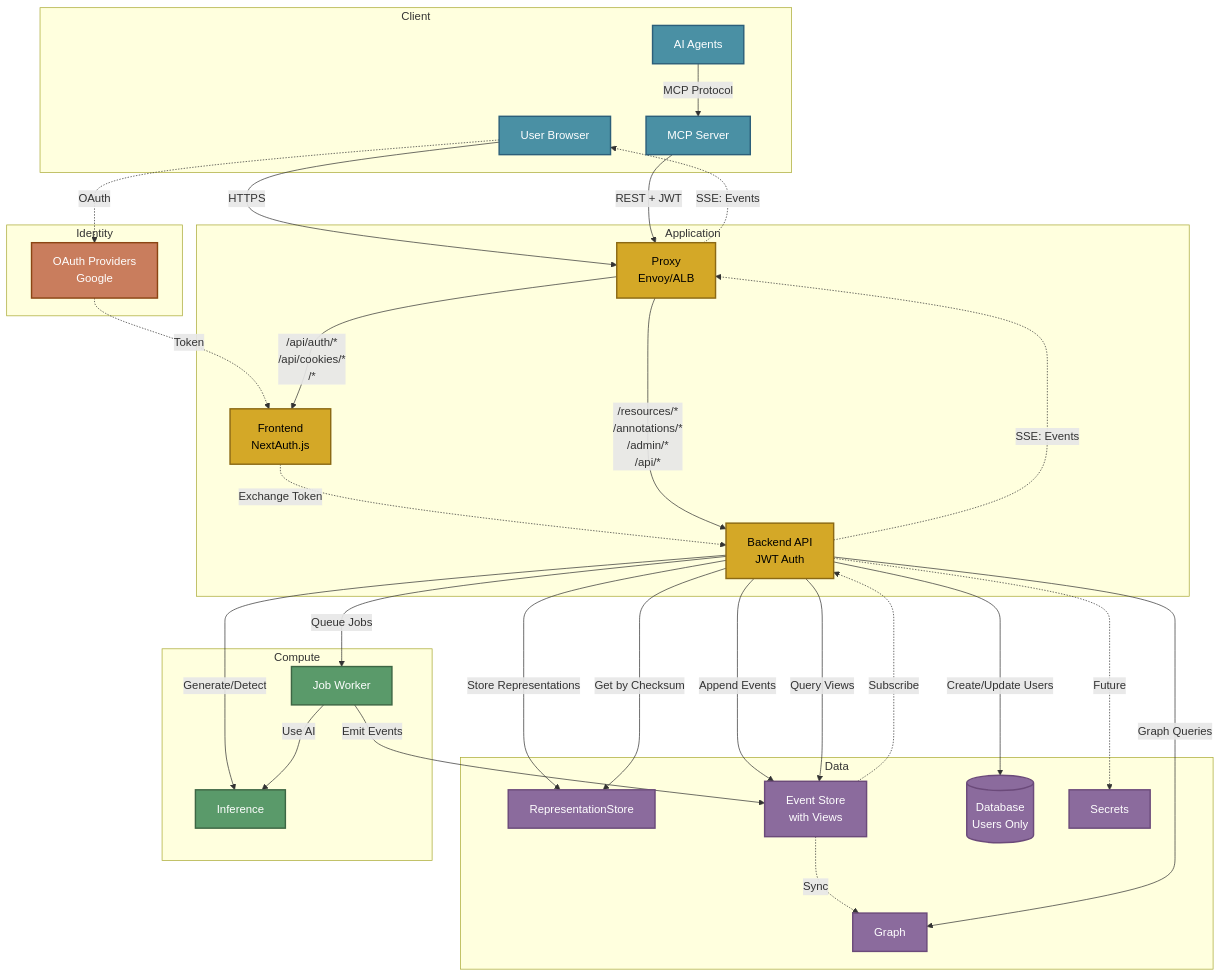
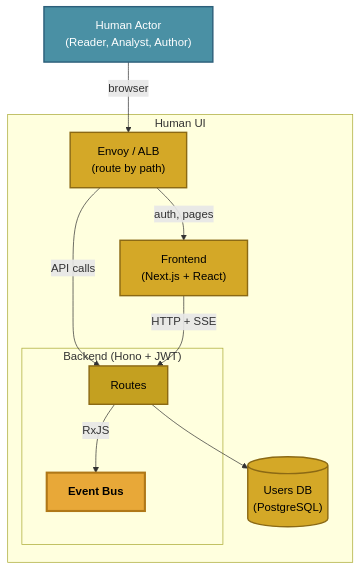
One commit to The-AI-Alliance/semiont changed the second of 3 diagrams in docs/ARCHITECTURE.md. Above: the diagram before and after it, drawn with Mermaid. The commit also changed other lines of this file and 11 other files, not shown here.

````diff
--- a/docs/ARCHITECTURE.md
+++ b/docs/ARCHITECTURE.md
@@ -21,83 +68,31 @@
 ```mermaid
 graph TB
-    subgraph "Client"
-        USER[User Browser]
-        AI[AI Agents]
-        MCP[MCP Server]
+    HUMAN["Human Actor<br/>(Reader, Analyst, Author)"] -->|browser| PROXY
+
+    subgraph ui ["Human UI"]
+        PROXY["Envoy / ALB<br/>(route by path)"]
+        FE["Frontend<br/>(Next.js + React)"]
+        DB[("Users DB<br/>(PostgreSQL)")]
+
+        subgraph backend ["Backend (Hono + JWT)"]
+            BE["Routes"]
+            BUS["Event Bus"]
+            BE -->|RxJS| BUS
+        end
+
+        PROXY -->|"auth, pages"| FE
+        PROXY -->|"API calls"| BE
+        FE -->|"HTTP + SSE"| BE
+        BE --> DB
     end
 
-    subgraph "Identity"
-        OAUTH[OAuth Providers<br/>Google]
-    end
+    classDef actor fill:#4a90a4,stroke:#2c5f7a,stroke-width:2px,color:#fff
+    classDef ui fill:#d4a827,stroke:#8b6914,stroke-width:2px,color:#000
+    classDef bus fill:#e8a838,stroke:#b07818,stroke-width:3px,color:#000,font-weight:bold
+    classDef backend fill:#c4a020,stroke:#8b6914,stroke-width:2px,color:#000
 
-    subgraph "Application"
-        PROXY[Proxy<br/>Envoy/ALB]
-        FE[Frontend<br/>NextAuth.js]
-        BE[Backend API<br/>JWT Auth]
-    end
-
-    subgraph "Data"
-        REP[RepresentationStore]
-        EVENTS[Event Store<br/>with Views]
-        GRAPH[Graph]
-        DB[(Database<br/>Users Only)]
-        SEC[Secrets]
-    end
-
-    subgraph "Compute"
-        INF[Inference]
-        JW[Job Worker]
-    end
-
-    %% Client to Proxy
-    USER -->|HTTPS| PROXY
-    AI -->|MCP Protocol| MCP
-    MCP -->|REST + JWT| PROXY
-
-    %% OAuth flow (server-side only)
-    USER -.->|OAuth| OAUTH
-    OAUTH -.->|Token| FE
-    FE -.->|Exchange Token| BE
-
-    %% Proxy routing
-    PROXY -->|/api/auth/*<br/>/api/cookies/*<br/>/*| FE
-    PROXY -->|/resources/*<br/>/annotations/*<br/>/admin/*<br/>/api/*| BE
-
-    %% Backend to data (write path)
-    BE -->|Store Representations| REP
-    BE -->|Append Events| EVENTS
-    BE -->|Create/Update Users| DB
-    BE -.->|Future| SEC
-
-    %% Event-driven flow
-    EVENTS -.->|Sync| GRAPH
-
-    %% Backend reads
-    BE -->|Get by Checksum| REP
-    BE -->|Query Views| EVENTS
-    BE -->|Graph Queries| GRAPH
-
-    %% Compute services
-    BE -->|Generate/Detect| INF
-    BE -->|Queue Jobs| JW
-    JW -->|Emit Events| EVENTS
-    JW -->|Use AI| INF
-
-    %% SSE event flow (real-time updates back through proxy)
-    EVENTS -.->|Subscribe| BE
-    BE -.->|SSE: Events| PROXY
-    PROXY -.->|SSE: Events| USER
-
-    %% Styling
-    classDef client fill:#4a90a4,stroke:#2c5f7a,stroke-width:2px,color:#fff
-    classDef identity fill:#c97d5d,stroke:#8b4513,stroke-width:2px,color:#fff
-    classDef app fill:#d4a827,stroke:#8b6914,stroke-width:2px,color:#000
-    classDef data fill:#8b6b9d,stroke:#6b4a7a,stroke-width:2px,color:#fff
-    classDef compute fill:#5a9a6a,stroke:#3d6644,stroke-width:2px,color:#fff
-
-    class USER,AI,MCP client
-    class OAUTH identity
-    class PROXY,FE,BE app
-    class REP,EVENTS,GRAPH,DB,SEC data
-    class INF,JW compute
+    class HUMAN actor
+    class PROXY,FE,DB ui
+    class BE backend
+    class BUS bus
 ```
````
